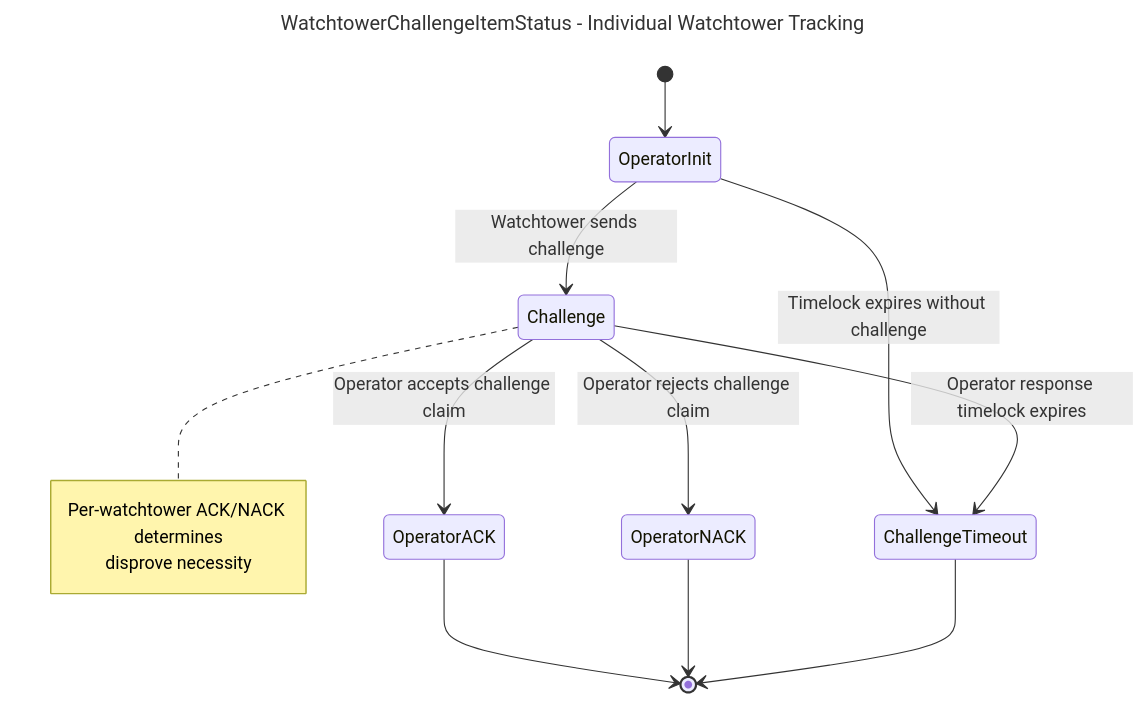
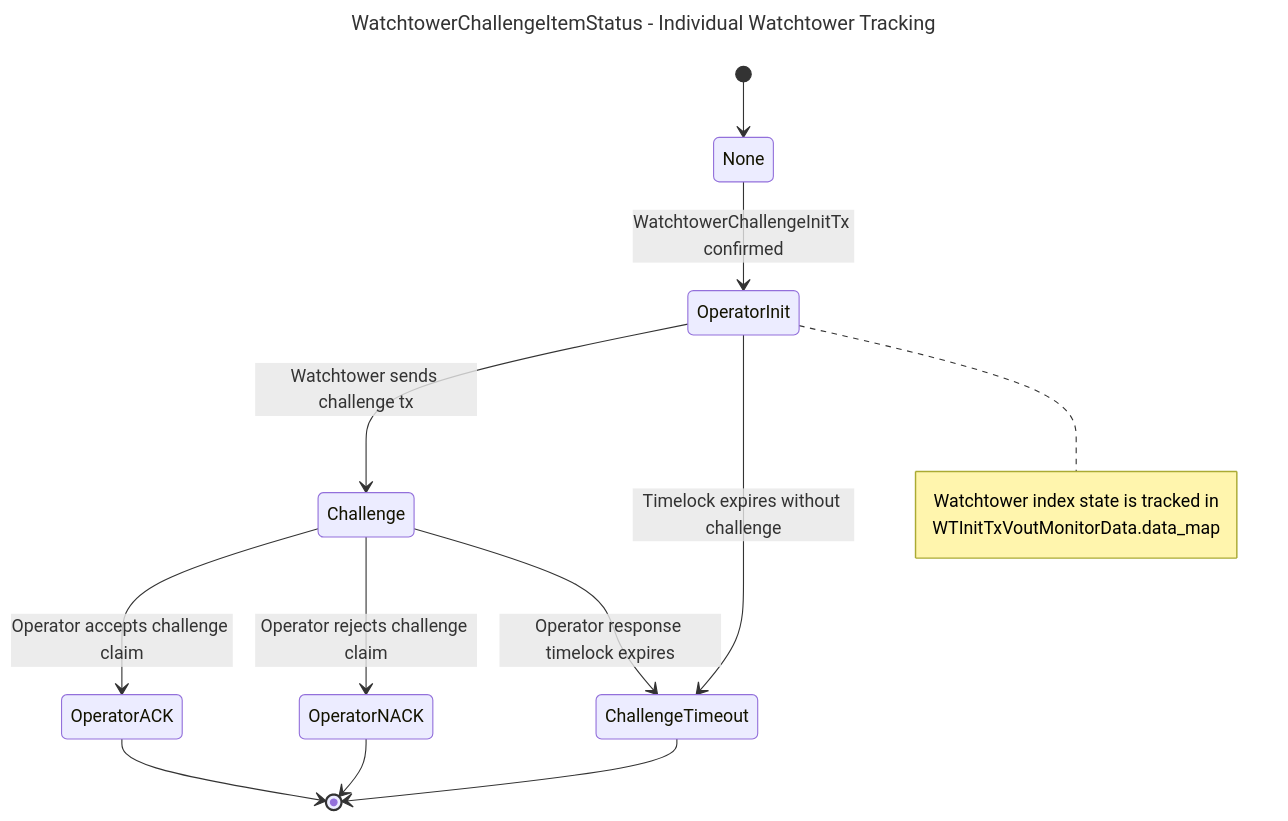
The fifth of 5 diagrams in node/README.md (GOATNetwork/bitvm2-node), drawn with Mermaid before and after one commit. The commit also changed other lines of this file and 1 other file, not shown here.

````diff
--- a/node/README.md
+++ b/node/README.md
@@ -132,23 +141,25 @@
 ```mermaid
 ---
 title: WatchtowerChallengeItemStatus - Individual Watchtower Tracking
 ---
 stateDiagram-v2
-    [*] --> OperatorInit
+    [*] --> None
     
-    OperatorInit --> Challenge: Watchtower sends challenge
+    None --> OperatorInit: WatchtowerChallengeInitTx confirmed
+    
+    OperatorInit --> Challenge: Watchtower sends challenge tx
     OperatorInit --> ChallengeTimeout: Timelock expires without challenge
     
     Challenge --> OperatorACK: Operator accepts challenge claim
     Challenge --> OperatorNACK: Operator rejects challenge claim
     Challenge --> ChallengeTimeout: Operator response timelock expires
     
     OperatorACK --> [*]
     OperatorNACK --> [*]
     ChallengeTimeout --> [*]
     
-    note right of Challenge
-        Per-watchtower ACK/NACK determines
-        disprove necessity
+    note right of OperatorInit
+        Watchtower index state is tracked in
+        WTInitTxVoutMonitorData.data_map
     end note
 ```
````
